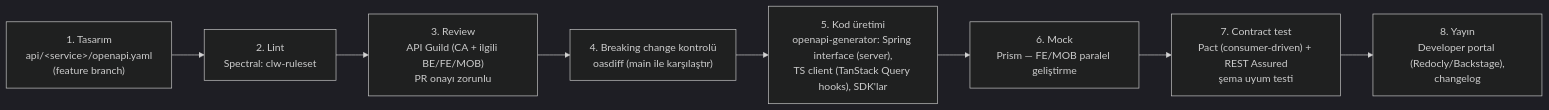
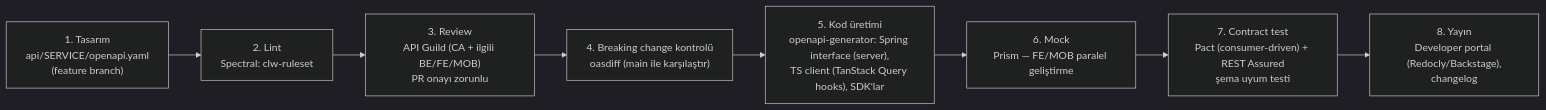
One commit to aliemrahpekesen/Aep-clw-claude-based changed the diagram in docs/architecture/api-guidelines.md. Above: the diagram before and after it, drawn with Mermaid (dark theme). The commit also changed 11 other files, not shown here.

First line of the commit message:
docs: complete architecture documentation and ADR-005..012

````diff
--- a/docs/architecture/api-guidelines.md
+++ b/docs/architecture/api-guidelines.md
@@ -216,10 +216,10 @@
 ```mermaid
 flowchart LR
-    A["1. Tasarım<br/>api/&lt;service&gt;/openapi.yaml<br/>(feature branch)"] --> B["2. Lint<br/>Spectral: clw-ruleset"]
+    A["1. Tasarım<br/>api/SERVICE/openapi.yaml<br/>(feature branch)"] --> B["2. Lint<br/>Spectral: clw-ruleset"]
     B --> C["3. Review<br/>API Guild (CA + ilgili BE/FE/MOB)<br/>PR onayı zorunlu"]
     C --> D["4. Breaking change kontrolü<br/>oasdiff (main ile karşılaştır)"]
     D --> E["5. Kod üretimi<br/>openapi-generator: Spring interface (server),<br/>TS client (TanStack Query hooks), SDK'lar"]
     E --> F["6. Mock<br/>Prism — FE/MOB paralel geliştirme"]
     F --> G["7. Contract test<br/>Pact (consumer-driven) + REST Assured<br/>şema uyum testi"]
     G --> H["8. Yayın<br/>Developer portal (Redocly/Backstage),<br/>changelog"]
 ```
````
